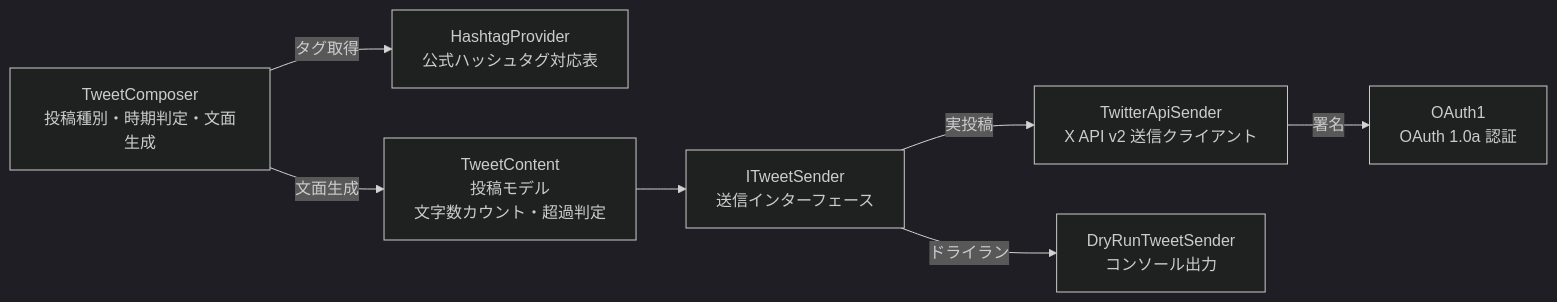
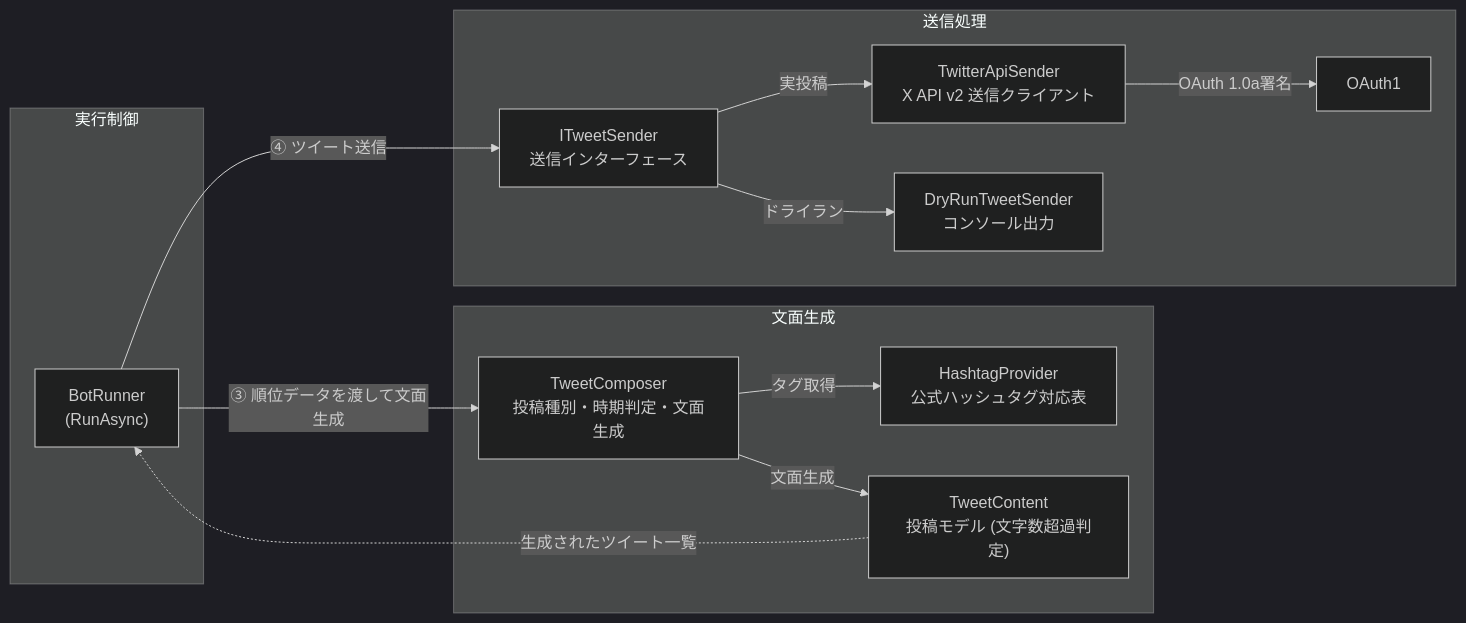
Before and after one commit to shin4488/MlbBot: the fourth of 5 diagrams in docs/development.md, drawn with Mermaid (dark theme). The commit also changed other lines of this file, not shown here.

Commit message:
docs: BotRunnerからの呼び出し関係を明示しクラス間のつながりを明確化

````diff
--- a/docs/development.md
+++ b/docs/development.md
@@ -125,16 +144,31 @@
 ```mermaid
 flowchart LR
-    C["TweetComposer<br>投稿種別・時期判定・文面生成"] -->|タグ取得| H["HashtagProvider<br>公式ハッシュタグ対応表"]
-    C -->|文面生成| T["TweetContent<br>投稿モデル<br>文字数カウント・超過判定"]
-    T --> I["ITweetSender<br>送信インターフェース"]
-    I -->|実投稿| X["TwitterApiSender<br>X API v2 送信クライアント"]
-    X -->|署名| A["OAuth1<br>OAuth 1.0a 認証"]
-    I -->|ドライラン| D["DryRunTweetSender<br>コンソール出力"]
+    subgraph Caller["実行制御"]
+        BR2["BotRunner<br>(RunAsync)"]
+    end
+
+    subgraph Composer["文面生成"]
+        C["TweetComposer<br>投稿種別・時期判定・文面生成"] -->|タグ取得| H["HashtagProvider<br>公式ハッシュタグ対応表"]
+        C -->|文面生成| T["TweetContent<br>投稿モデル (文字数超過判定)"]
+    end
+
+    subgraph Sender["送信処理"]
+        I["ITweetSender<br>送信インターフェース"]
+        I -->|実投稿| X["TwitterApiSender<br>X API v2 送信クライアント"]
+        X -->|OAuth 1.0a署名| A["OAuth1"]
+        I -->|ドライラン| D["DryRunTweetSender<br>コンソール出力"]
+    end
+
+    BR2 -->|③ 順位データを渡して文面生成| C
+    T -.->|生成されたツイート一覧| BR2
+    BR2 -->|④ ツイート送信| I
+
+    click BR2 "../TwitterMlbBot/BotRunner.cs"
     click C "../TwitterMlbBot/Composing/TweetComposer.cs"
     click H "../TwitterMlbBot/Composing/HashtagProvider.cs"
     click T "../TwitterMlbBot/Composing/TweetContent.cs"
     click I "../TwitterMlbBot/Twitter/ITweetSender.cs"
     click X "../TwitterMlbBot/Twitter/TwitterApiSender.cs"
     click A "../TwitterMlbBot/Authorization/OAuth1.cs"
     click D "../TwitterMlbBot/Twitter/DryRunTweetSender.cs"
 ```
````
